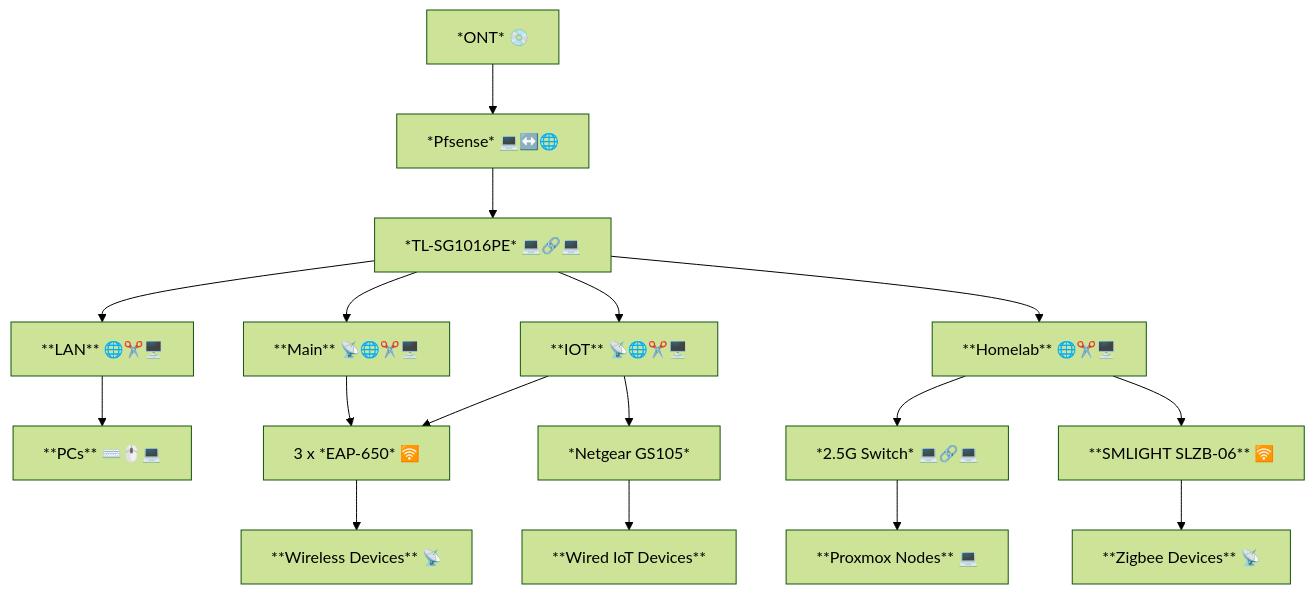
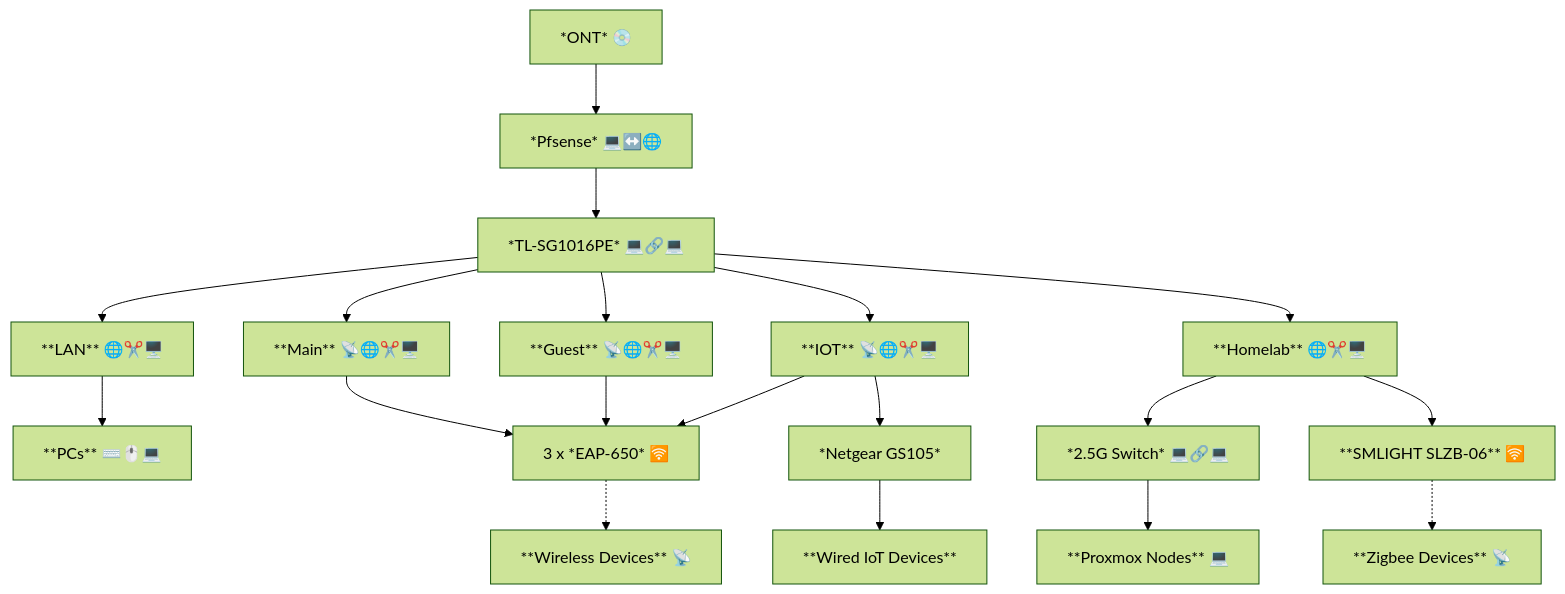
The diagram in README.md (bbl232/homelab-documentation), drawn with Mermaid (forest theme) before and after one commit.

Commit message:
update mermaid diagram to include guest vlan

````diff
--- a/README.md
+++ b/README.md
@@ -45,19 +45,21 @@
 ```mermaid
 graph
     ONT[*ONT* 💿] --> ROUTER[*Pfsense* 💻↔️🌐]
     ROUTER --> MAINSWITCH[*TL-SG1016PE* 💻🔗💻]
     MAINSWITCH --> VLAN0[**LAN** 🌐✂️🖥️]
+    MAINSWITCH --> VLAN2[**IOT** 📡🌐✂️🖥️]
     MAINSWITCH --> VLAN1[**Main** 📡🌐✂️🖥️]
-    MAINSWITCH --> VLAN2[**IOT** 📡🌐✂️🖥️]
+    MAINSWITCH --> VLAN4[**Guest** 📡🌐✂️🖥️]
     MAINSWITCH --> VLAN3[**Homelab** 🌐✂️🖥️]
+    VLAN0 --> PCs[**PCs** ⌨️🖱️💻]
     VLAN1 --> AP[3 x *EAP-650* 🛜]
-    AP --> WLDEV[**Wireless Devices** 📡]
+    AP -.-> WLDEV[**Wireless Devices** 📡]
+    VLAN4 --> AP
     VLAN2 --> AP
-    VLAN0 --> PCs[**PCs** ⌨️🖱️💻]
     VLAN3 --> HLSW[*2.5G Switch* 💻🔗💻]
     HLSW --> PM[**Proxmox Nodes** 💻]
     VLAN3 --> ZIGBEE[**SMLIGHT SLZB-06** 🛜]
-    ZIGBEE --> ZBDEV[**Zigbee Devices** 📡]
+    ZIGBEE -.-> ZBDEV[**Zigbee Devices** 📡]
     VLAN2 --> NGSW[*Netgear GS105*]
     NGSW --> WSD[**Wired IoT Devices**]
 ```
````
